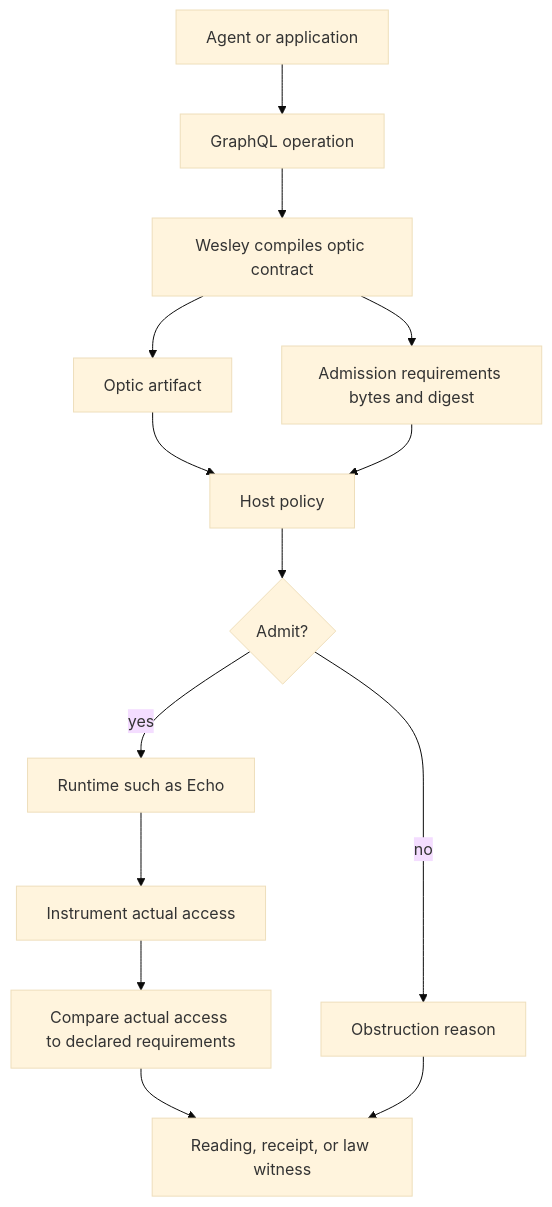
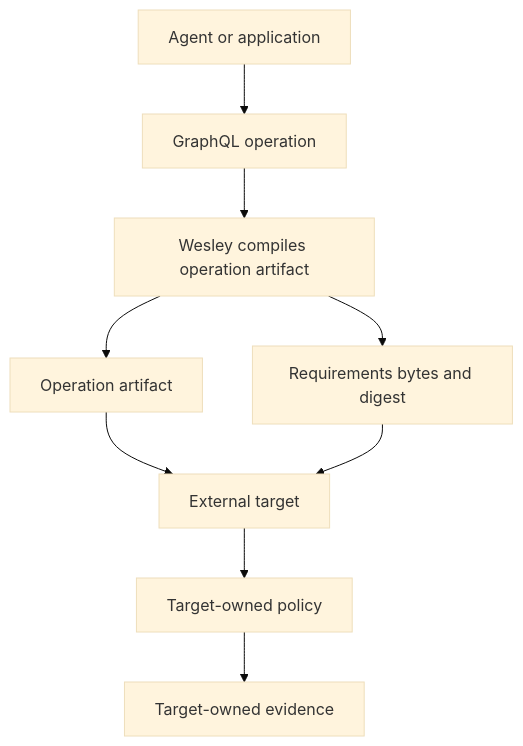
Diagram 19 of 24 in docs/END_TO_END.md (flyingrobots/wesley), drawn with Mermaid (base theme) before and after one commit. The commit also changed other lines of this file and 24 other files, not shown here.

Commit message:
chore(residue): rename optic boundary to operation artifacts

````diff
--- a/docs/END_TO_END.md
+++ b/docs/END_TO_END.md
@@ -882,16 +882,11 @@
 ```mermaid
 flowchart TD
     Agent[Agent or application] --> Operation[GraphQL operation]
-    Operation --> Wesley[Wesley compiles optic contract]
-    Wesley --> Artifact[Optic artifact]
-    Wesley --> Requirements[Admission requirements bytes and digest]
-    Artifact --> Host[Host policy]
-    Requirements --> Host
-    Host --> Decision{Admit?}
-    Decision -->|yes| Runtime[Runtime such as Echo]
-    Decision -->|no| Obstruction[Obstruction reason]
-    Runtime --> Instrument[Instrument actual access]
-    Instrument --> Compare[Compare actual access to declared requirements]
-    Compare --> Receipt[Reading, receipt, or law witness]
-    Obstruction --> Receipt
+    Operation --> Wesley[Wesley compiles operation artifact]
+    Wesley --> Artifact[Operation artifact]
+    Wesley --> Requirements[Requirements bytes and digest]
+    Artifact --> Target[External target]
+    Requirements --> Target
+    Target --> Policy[Target-owned policy]
+    Policy --> Evidence[Target-owned evidence]
 ```
````
